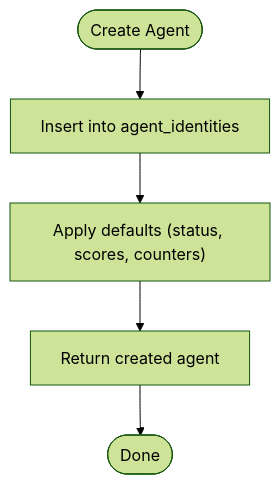
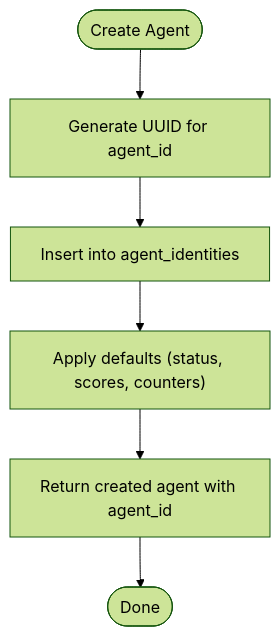
The third of 6 diagrams in .qoder/repowiki/en/content/Database Design/Schema Overview.md (RunTimeAdmin/AgentID), drawn with Mermaid (forest theme) before and after one commit. The commit also changed other lines of this file and 31 other files, not shown here.

````diff
--- a/.qoder/repowiki/en/content/Database Design/Schema Overview.md
+++ b/.qoder/repowiki/en/content/Database Design/Schema Overview.md
@@ -190,7 +193,8 @@
 ```mermaid
 flowchart TD
-Start(["Create Agent"]) --> Insert["Insert into agent_identities"]
+Start(["Create Agent"]) --> GenerateUUID["Generate UUID for agent_id"]
+GenerateUUID --> Insert["Insert into agent_identities"]
 Insert --> Defaults["Apply defaults (status, scores, counters)"]
-Defaults --> Return["Return created agent"]
+Defaults --> Return["Return created agent with agent_id"]
 Return --> End(["Done"])
 ```
````
